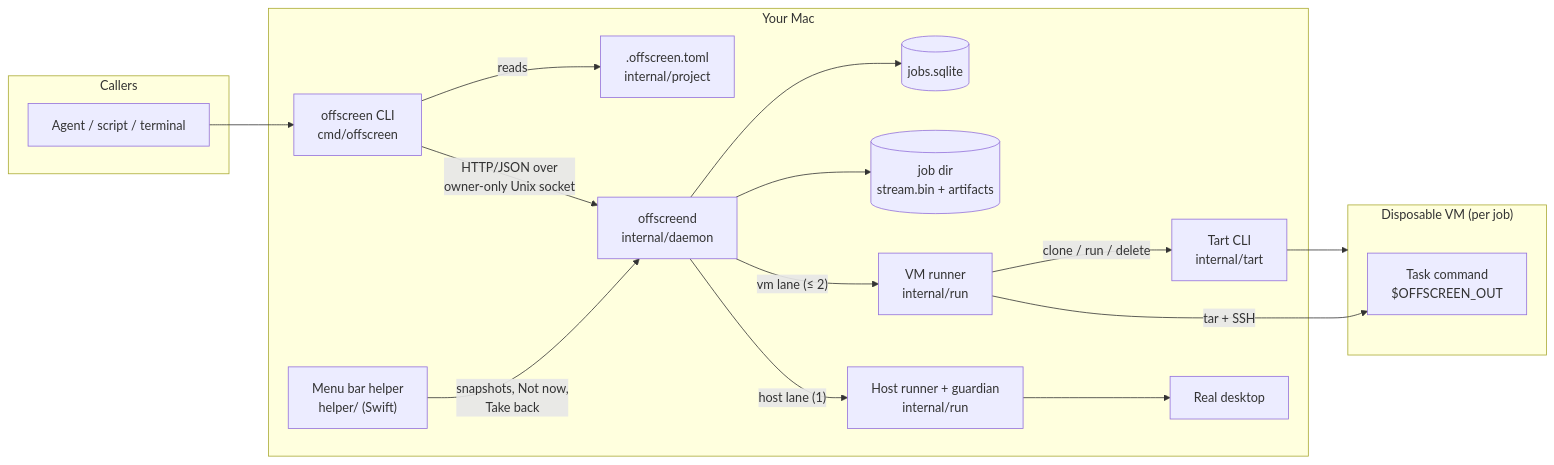
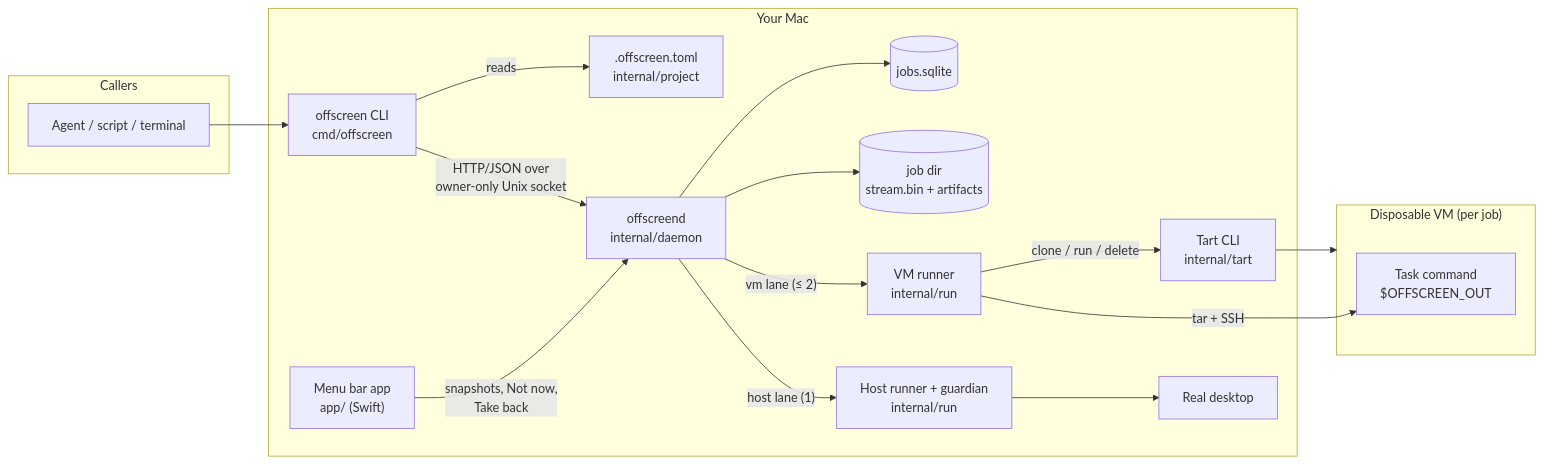
One commit to markphelps/offscreen changed the first of 3 diagrams in ARCHITECTURE.md. Above: the diagram before and after it, drawn with Mermaid. The commit also changed other lines of this file and 31 other files, not shown here.

Commit message:
Rename the menu bar app to Offscreen and migrate old installs (#52)

````diff
--- a/ARCHITECTURE.md
+++ b/ARCHITECTURE.md
@@ -5,36 +5,36 @@
 ```mermaid
 flowchart LR
     subgraph callers["Callers"]
         agent["Agent / script / terminal"]
     end
 
     subgraph host["Your Mac"]
         cli["offscreen CLI<br/>cmd/offscreen"]
         contract[".offscreen.toml<br/>internal/project"]
         daemon["offscreend<br/>internal/daemon"]
         db[("jobs.sqlite")]
         jobdir[("job dir<br/>stream.bin + artifacts")]
         vmrun["VM runner<br/>internal/run"]
         hostrun["Host runner + guardian<br/>internal/run"]
-        helper["Menu bar helper<br/>helper/ (Swift)"]
+        helper["Menu bar app<br/>app/ (Swift)"]
         tart["Tart CLI<br/>internal/tart"]
         desktop["Real desktop"]
     end
 
     subgraph guest["Disposable VM (per job)"]
         cmd["Task command<br/>$OFFSCREEN_OUT"]
     end
 
     agent --> cli
     cli -- reads --> contract
     cli -- "HTTP/JSON over<br/>owner-only Unix socket" --> daemon
     daemon --> db
     daemon --> jobdir
     daemon -- "vm lane (≤ 2)" --> vmrun
     daemon -- "host lane (1)" --> hostrun
     vmrun -- "clone / run / delete" --> tart
     tart --> guest
     vmrun -- "tar + SSH" --> cmd
     hostrun --> desktop
     helper -- "snapshots, Not now,<br/>Take back" --> daemon
 ```
````
